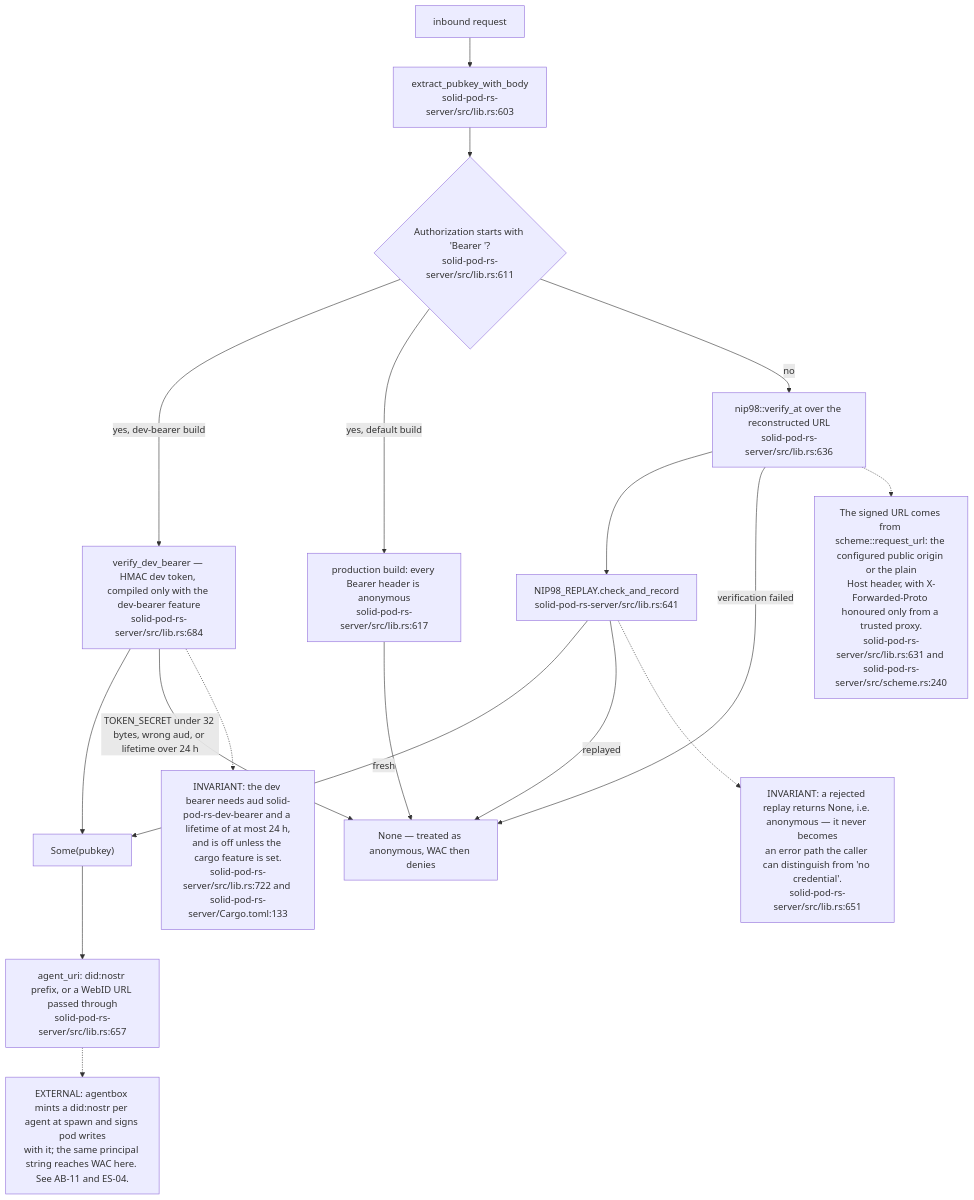
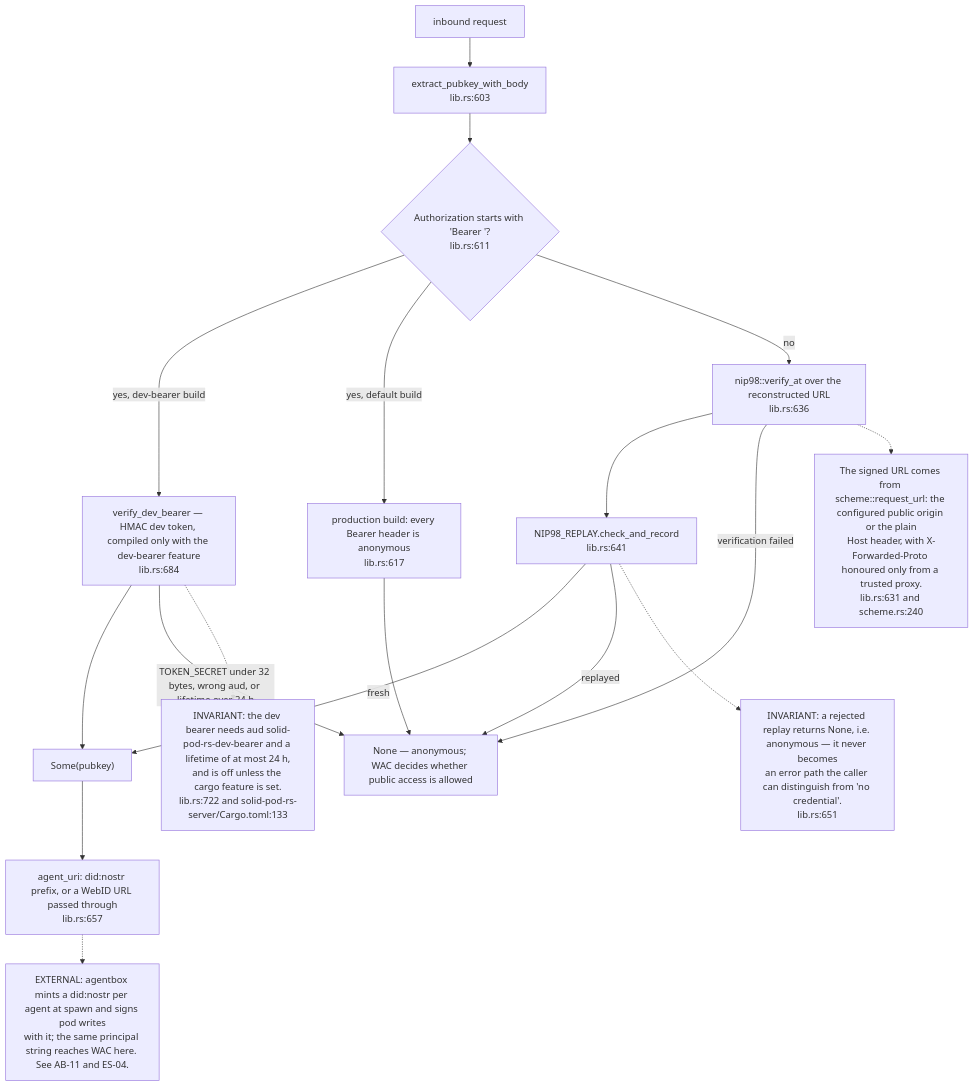
One commit to DreamLab-AI/VisionFlow changed the first of 18 diagrams in docs/diagrams/solid-pod-rs/05-identity-nip98-did-oidc.md. Above: the diagram before and after it, drawn with Mermaid. The commit also changed other lines of this file and 25 other files, not shown here.

Commit message:
docs: audit Solid request binding and replay retention

````diff
--- a/docs/diagrams/solid-pod-rs/05-identity-nip98-did-oidc.md
+++ b/docs/diagrams/solid-pod-rs/05-identity-nip98-did-oidc.md
@@ -50,33 +50,33 @@
 ```mermaid
 flowchart TD
     REQ["inbound request"]
-    EX["extract_pubkey_with_body<br/>solid-pod-rs-server/src/lib.rs:603"]
-    BEAR{"Authorization starts with 'Bearer '?<br/>solid-pod-rs-server/src/lib.rs:611"}
-    DEV["verify_dev_bearer — HMAC dev token, compiled only with the dev-bearer feature<br/>solid-pod-rs-server/src/lib.rs:684"]
-    PROD["production build: every Bearer header is anonymous<br/>solid-pod-rs-server/src/lib.rs:617"]
-    N98["nip98::verify_at over the reconstructed URL<br/>solid-pod-rs-server/src/lib.rs:636"]
-    REPLAY["NIP98_REPLAY.check_and_record<br/>solid-pod-rs-server/src/lib.rs:641"]
+    EX["extract_pubkey_with_body<br/>lib.rs:603"]
+    BEAR{"Authorization starts with 'Bearer '?<br/>lib.rs:611"}
+    DEV["verify_dev_bearer — HMAC dev token, compiled only with the dev-bearer feature<br/>lib.rs:684"]
+    PROD["production build: every Bearer header is anonymous<br/>lib.rs:617"]
+    N98["nip98::verify_at over the reconstructed URL<br/>lib.rs:636"]
+    REPLAY["NIP98_REPLAY.check_and_record<br/>lib.rs:641"]
     PK["Some(pubkey)"]
-    ANON["None — treated as anonymous, WAC then denies"]
-    AGENT["agent_uri: did:nostr prefix, or a WebID URL passed through<br/>solid-pod-rs-server/src/lib.rs:657"]
+    ANON["None — anonymous; WAC decides whether public access is allowed"]
+    AGENT["agent_uri: did:nostr prefix, or a WebID URL passed through<br/>lib.rs:657"]
 
     REQ --> EX --> BEAR
     BEAR -- "yes, dev-bearer build" --> DEV
     BEAR -- "yes, default build" --> PROD --> ANON
     BEAR -- no --> N98 --> REPLAY
     REPLAY -- fresh --> PK
     REPLAY -- replayed --> ANON
     DEV --> PK
     DEV -- "TOKEN_SECRET under 32 bytes, wrong aud, or lifetime over 24 h" --> ANON
     N98 -- verification failed --> ANON
     PK --> AGENT
 
-    N1["The signed URL comes from scheme::request_url: the configured public origin or the plain<br/>Host header, with X-Forwarded-Proto honoured only from a trusted proxy.<br/>solid-pod-rs-server/src/lib.rs:631 and solid-pod-rs-server/src/scheme.rs:240"]
+    N1["The signed URL comes from scheme::request_url: the configured public origin or the plain<br/>Host header, with X-Forwarded-Proto honoured only from a trusted proxy.<br/>lib.rs:631 and scheme.rs:240"]
     N98 -.-> N1
-    N4["INVARIANT: the dev bearer needs aud solid-pod-rs-dev-bearer and a lifetime of at most 24 h,<br/>and is off unless the cargo feature is set.<br/>solid-pod-rs-server/src/lib.rs:722 and solid-pod-rs-server/Cargo.toml:133"]
+    N4["INVARIANT: the dev bearer needs aud solid-pod-rs-dev-bearer and a lifetime of at most 24 h,<br/>and is off unless the cargo feature is set.<br/>lib.rs:722 and solid-pod-rs-server/Cargo.toml:133"]
     DEV -.-> N4
-    N2["INVARIANT: a rejected replay returns None, i.e. anonymous — it never becomes<br/>an error path the caller can distinguish from 'no credential'.<br/>solid-pod-rs-server/src/lib.rs:651"]
+    N2["INVARIANT: a rejected replay returns None, i.e. anonymous — it never becomes<br/>an error path the caller can distinguish from 'no credential'.<br/>lib.rs:651"]
     REPLAY -.-> N2
     N3["EXTERNAL: agentbox mints a did:nostr per agent at spawn and signs pod writes<br/>with it; the same principal string reaches WAC here. See AB-11 and ES-04."]
     AGENT -.-> N3
 ```
````
